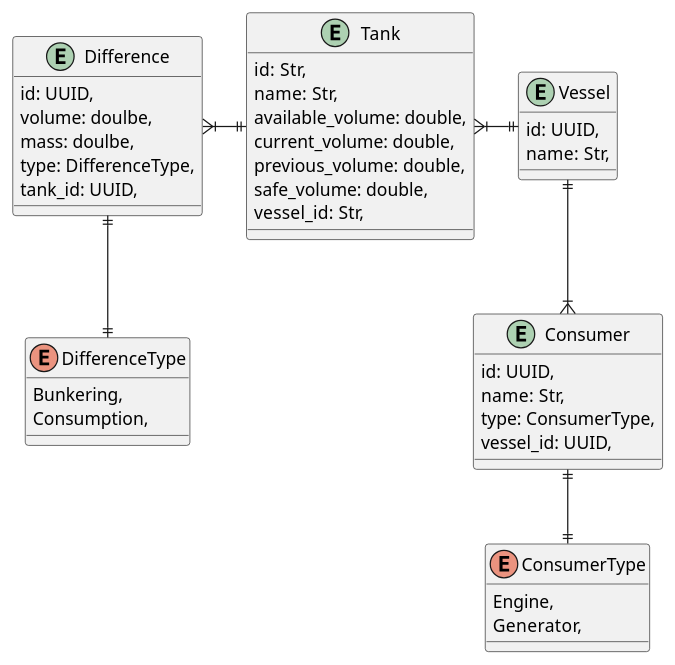
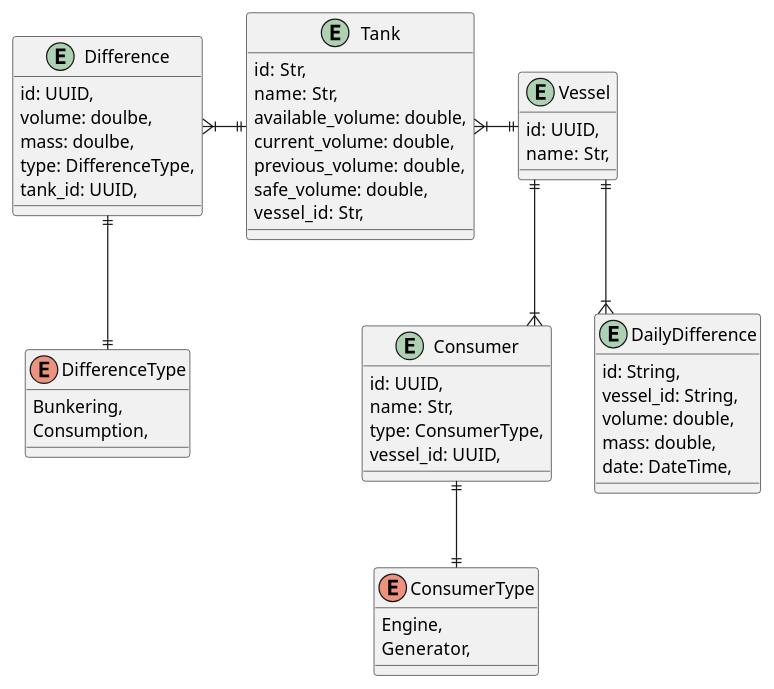
The diagram in src-tauri/docs/domain_model.puml (DrankedSnake/fuel_monitoring_system), drawn with PlantUML before and after one commit. The commit also changed 62 other files, not shown here.

```diff
--- a/src-tauri/docs/domain_model.puml
+++ b/src-tauri/docs/domain_model.puml
@@ -1,44 +1,52 @@
 @startuml
 skinparam linetype ortho
 
 entity Tank{
     id: Str,
     name: Str,
     available_volume: double,
     current_volume: double,
     previous_volume: double,
     safe_volume: double,
     vessel_id: Str,
 }
 enum DifferenceType{
     Bunkering,
     Consumption,
 }
 entity Difference{
     id: UUID,
     volume: doulbe,
     mass: doulbe,
     type: DifferenceType,
     tank_id: UUID,
 }
 entity Vessel{
     id: UUID,
     name: Str,
 }
 entity Consumer{
     id: UUID,
     name: Str,
     type: ConsumerType,
     vessel_id: UUID,
 }
+entity DailyDifference {
+    id: String,
+    vessel_id: String,
+    volume: double,
+    mass: double,
+    date: DateTime,
+}
 enum ConsumerType{
     Engine,
     Generator,
 }
 
 Difference }|-|| Tank
 Tank }|-|| Vessel
 Difference ||-down-|| DifferenceType
 Consumer ||--|| ConsumerType
 Vessel ||--|{ Consumer
+Vessel ||--|{DailyDifference
 @enduml
```
